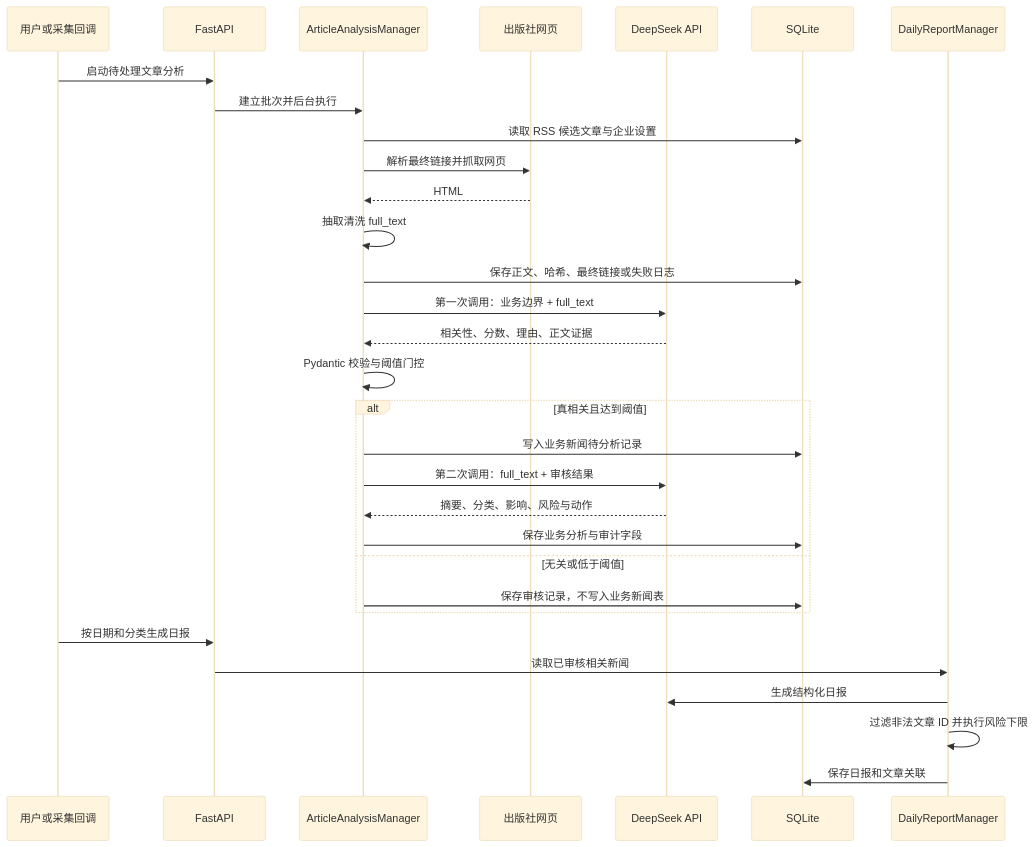
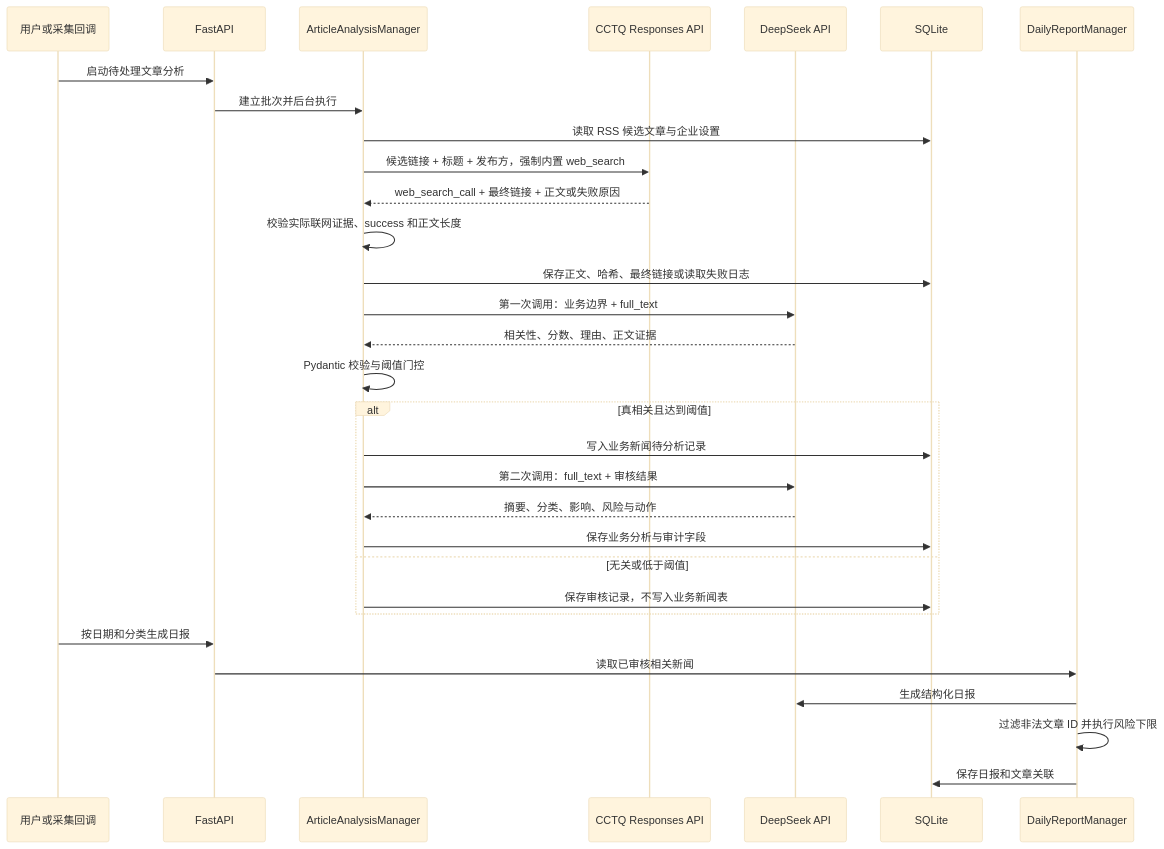
The third of 3 diagrams in docs/architecture.md (shiye1213/intco-rss-collector), drawn with Mermaid (base theme) before and after one commit. The commit also changed other lines of this file and 26 other files, not shown here.

````diff
--- a/docs/architecture.md
+++ b/docs/architecture.md
@@ -70,34 +73,34 @@
 ```mermaid
 sequenceDiagram
     participant User as 用户或采集回调
     participant API as FastAPI
     participant Analysis as ArticleAnalysisManager
-    participant Publisher as 出版社网页
+    participant OpenAI as CCTQ Responses API
     participant DeepSeek as DeepSeek API
     participant DB as SQLite
     participant Report as DailyReportManager
 
     User->>API: 启动待处理文章分析
     API->>Analysis: 建立批次并后台执行
     Analysis->>DB: 读取 RSS 候选文章与企业设置
-    Analysis->>Publisher: 解析最终链接并抓取网页
-    Publisher-->>Analysis: HTML
-    Analysis->>Analysis: 抽取清洗 full_text
-    Analysis->>DB: 保存正文、哈希、最终链接或失败日志
+    Analysis->>OpenAI: 候选链接 + 标题 + 发布方，强制内置 web_search
+    OpenAI-->>Analysis: web_search_call + 最终链接 + 正文或失败原因
+    Analysis->>Analysis: 校验实际联网证据、success 和正文长度
+    Analysis->>DB: 保存正文、哈希、最终链接或读取失败日志
     Analysis->>DeepSeek: 第一次调用：业务边界 + full_text
     DeepSeek-->>Analysis: 相关性、分数、理由、正文证据
     Analysis->>Analysis: Pydantic 校验与阈值门控
     alt 真相关且达到阈值
         Analysis->>DB: 写入业务新闻待分析记录
         Analysis->>DeepSeek: 第二次调用：full_text + 审核结果
         DeepSeek-->>Analysis: 摘要、分类、影响、风险与动作
         Analysis->>DB: 保存业务分析与审计字段
     else 无关或低于阈值
         Analysis->>DB: 保存审核记录，不写入业务新闻表
     end
     User->>API: 按日期和分类生成日报
     API->>Report: 读取已审核相关新闻
     Report->>DeepSeek: 生成结构化日报
     Report->>Report: 过滤非法文章 ID 并执行风险下限
     Report->>DB: 保存日报和文章关联
 ```
````
